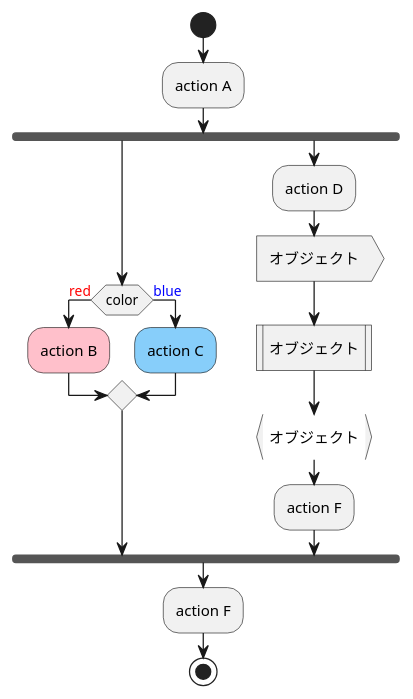
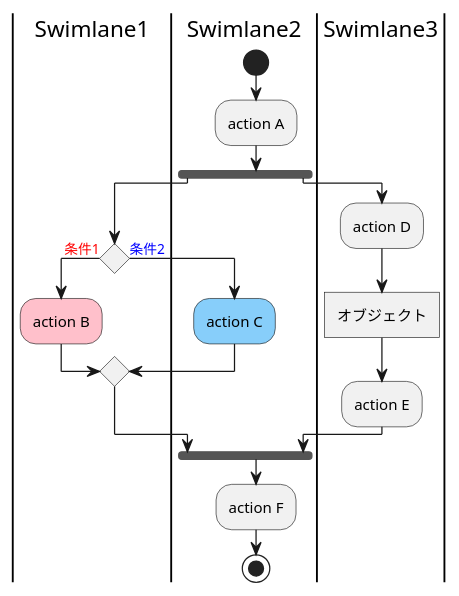
One commit to hosokawa3217/uml-exercises changed the diagram in 図6-1アクティビティ図.pu. Above: the diagram before and after it, drawn with PlantUML. The commit also changed 17 other files, not shown here.

Commit message:
アクティビティ図まで

```diff
--- a/図6-1アクティビティ図.pu
+++ b/図6-1アクティビティ図.pu
@@ -1,23 +1,41 @@
-@startuml　アクティビティ図の例
+@startuml アクティビティ図の例
+
+|Swimlane1|
+|Swimlane1|
+|Swimlane2|
+|Swimlane2|
+|Swimlane3|
+|Swimlane3|
+
+|Swimlane2|
 start
   :action A;
 fork
-  if (color) is (<color:red>red) then 
+|Swimlane1|
+  if () is (<color:red>条件1) then 
   #pink:action B;
-  else (<color:blue>blue) 
+|Swimlane1|
+  else (<color:blue>条件2) 
+|Swimlane2|
   #LightSkyBlue:action C;
+|Swimlane2|
   endif
 
 fork again
-  :action D;
-  :オブジェクト>
-   :オブジェクト|
-   :オブジェクト}
-   
-  :action F;
+|Swimlane3|
+ :action D;
+  :オブジェクト]
+  :action E;
+|Swimlane3|
+ 
+|Swimlane2|
 end fork 
+|Swimlane2|
+ 
 
+|Swimlane2|
  :action F;
 
 stop
+|Swimlane2|
 @enduml
```
